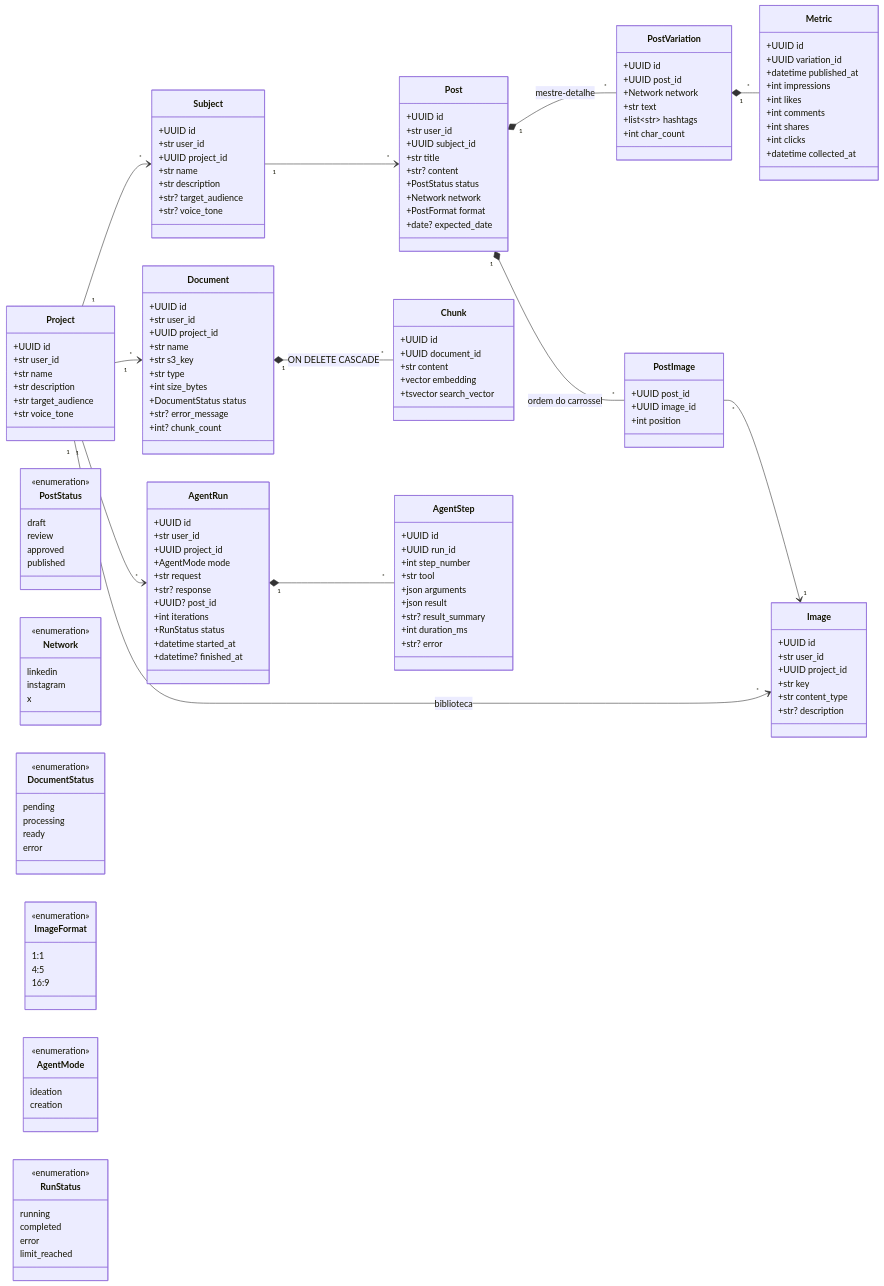
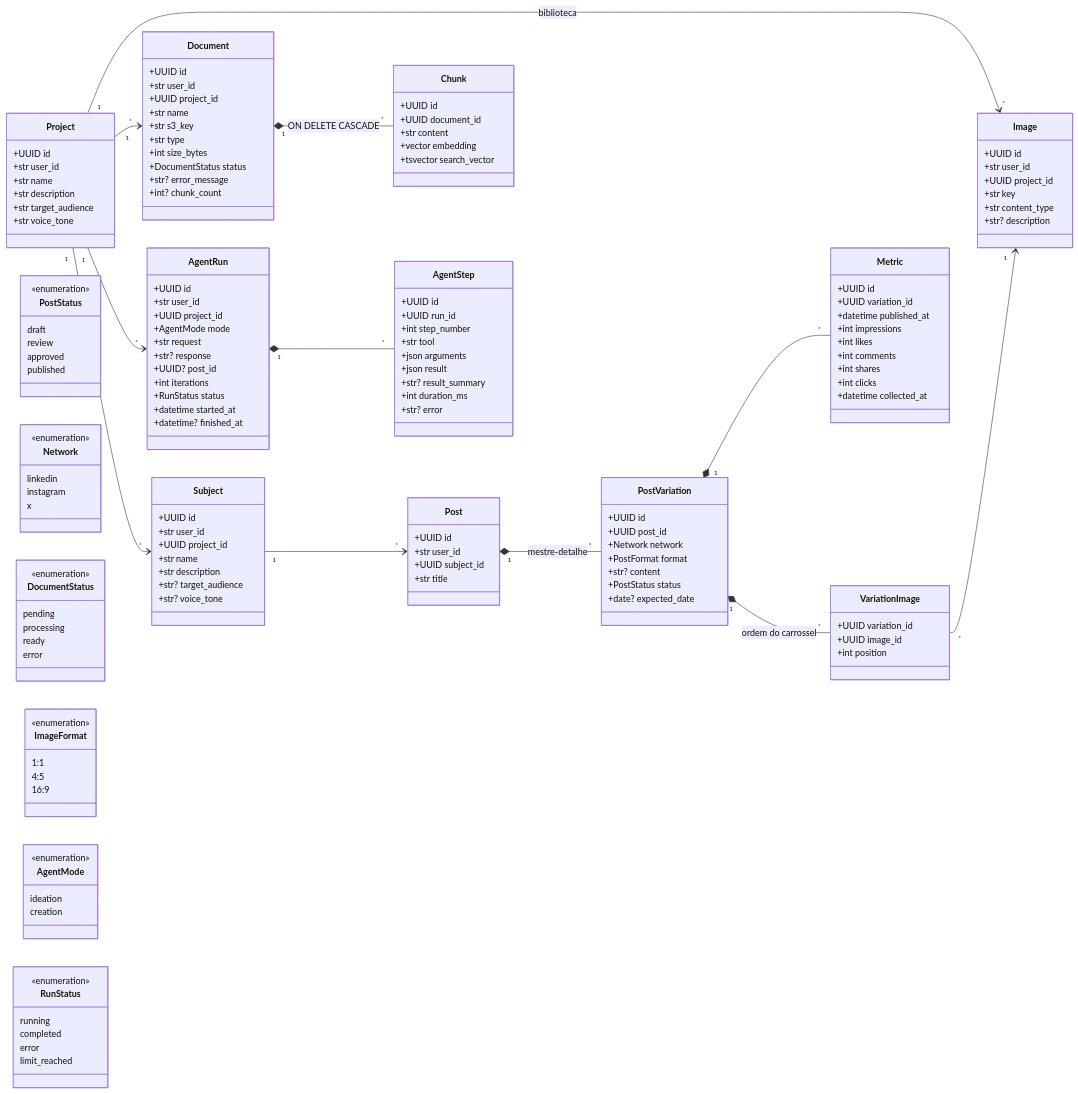
One commit to JonasRocha189/postpilot-ai changed the diagram in _docs/modelo-de-dados.md. Above: the diagram before and after it, drawn with Mermaid. The commit also changed other lines of this file and 6 other files, not shown here.

```diff
--- a/_docs/modelo-de-dados.md
+++ b/_docs/modelo-de-dados.md
@@ -53,26 +54,22 @@
         +str user_id
         +UUID subject_id
         +str title
-        +str? content
-        +PostStatus status
-        +Network network
-        +PostFormat format
-        +date? expected_date
-    }
-
-    class PostImage {
-        +UUID post_id
-        +UUID image_id
-        +int position
     }
 
     class PostVariation {
         +UUID id
         +UUID post_id
         +Network network
-        +str text
-        +list~str~ hashtags
-        +int char_count
+        +PostFormat format
+        +str? content
+        +PostStatus status
+        +date? expected_date
+    }
+
+    class VariationImage {
+        +UUID variation_id
+        +UUID image_id
+        +int position
     }
 
     class Image {
@@ -193,8 +190,8 @@
     Subject "1" --> "*" Post
     Post "1" *-- "*" PostVariation : mestre-detalhe
     Project "1" --> "*" Image : biblioteca
-    Post "1" *-- "*" PostImage : ordem do carrossel
-    PostImage "*" --> "1" Image
+    PostVariation "1" *-- "*" VariationImage : ordem do carrossel
+    VariationImage "*" --> "1" Image
     PostVariation "1" *-- "*" Metric
     Document "1" *-- "*" Chunk : ON DELETE CASCADE
     AgentRun "1" *-- "*" AgentStep
```
